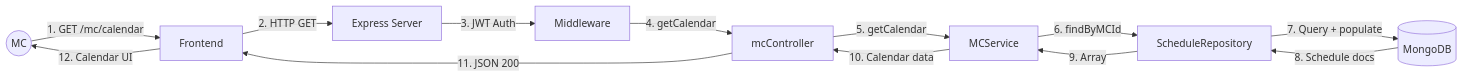
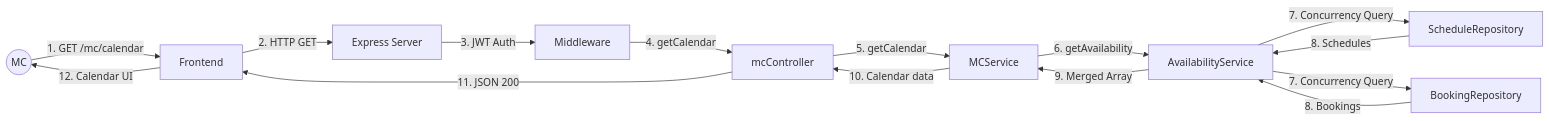
One commit to dat-21/SWD392 changed diagram 14 of 51 in UC_Diagrams_EN.md. Above: the diagram before and after it, drawn with Mermaid. The commit also changed other lines of this file and 1 other file, not shown here.

Commit message:
docs: Refine UC diagrams and flows for media upload, schedule, and availability management, removing complex backend checks and notification dispatches.

````diff
--- a/UC_Diagrams_EN.md
+++ b/UC_Diagrams_EN.md
@@ -489,15 +498,17 @@
 ```mermaid
 flowchart LR
     MC((MC)) -->|1. GET /mc/calendar| FE[Frontend]
     FE -->|2. HTTP GET| API[Express Server]
     API -->|3. JWT Auth| AUTH[Middleware]
     AUTH -->|4. getCalendar| CTRL[mcController]
     CTRL -->|5. getCalendar| SVC[MCService]
-    SVC -->|6. findByMCId| REPO[ScheduleRepository]
-    REPO -->|7. Query + populate| DB[(MongoDB)]
-    DB -->|8. Schedule docs| REPO
-    REPO -->|9. Array| SVC
+    SVC -->|6. getAvailability| ASVC[AvailabilityService]
+    ASVC -->|7. Concurrency Query| SREPO[ScheduleRepository]
+    ASVC -->|7. Concurrency Query| BREPO[BookingRepository]
+    SREPO -->|8. Schedules| ASVC
+    BREPO -->|8. Bookings| ASVC
+    ASVC -->|9. Merged Array| SVC
     SVC -->|10. Calendar data| CTRL
     CTRL -->|11. JSON 200| FE
     FE -->|12. Calendar UI| MC
 ```
````
